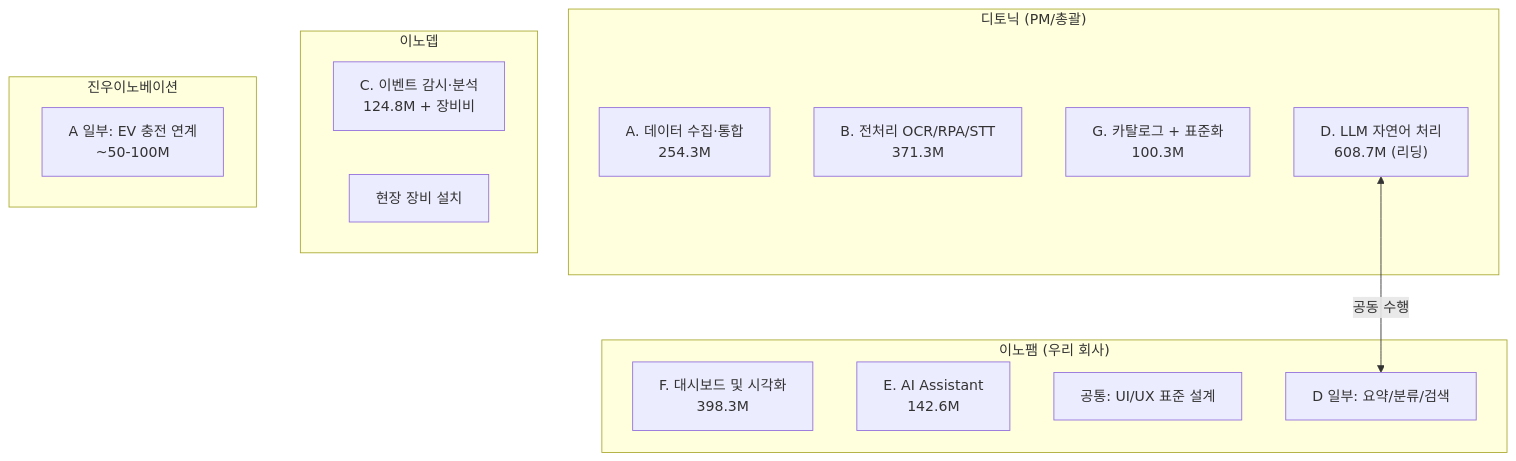
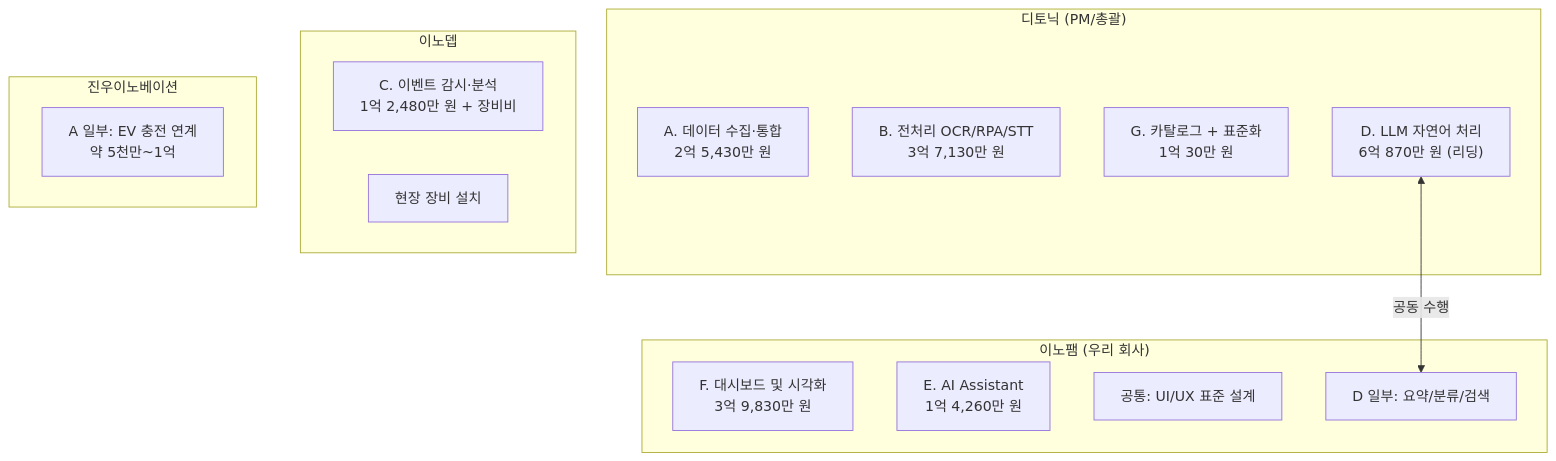
The third of 4 diagrams in projects/제주-스마트도시-데이터허브-시범솔루션/docs/references/20260331/업무배분_분석.md (garam-park/ai-know-how), drawn with Mermaid before and after one commit. The commit also changed other lines of this file and 1 other file, not shown here.

````diff
--- a/projects/제주-스마트도시-데이터허브-시범솔루션/docs/references/20260331/업무배분_분석.md
+++ b/projects/제주-스마트도시-데이터허브-시범솔루션/docs/references/20260331/업무배분_분석.md
@@ -288,27 +290,27 @@
 ```mermaid
 flowchart TB
     subgraph 디토닉["디토닉 (PM/총괄)"]
-        A["A. 데이터 수집·통합<br/>254.3M"]
-        B["B. 전처리 OCR/RPA/STT<br/>371.3M"]
-        G["G. 카탈로그 + 표준화<br/>100.3M"]
-        D["D. LLM 자연어 처리<br/>608.7M (리딩)"]
+        A["A. 데이터 수집·통합<br/>2억 5,430만 원"]
+        B["B. 전처리 OCR/RPA/STT<br/>3억 7,130만 원"]
+        G["G. 카탈로그 + 표준화<br/>1억 30만 원"]
+        D["D. LLM 자연어 처리<br/>6억 870만 원 (리딩)"]
     end
 
     subgraph 이노팸["이노팸 (우리 회사)"]
-        F["F. 대시보드 및 시각화<br/>398.3M"]
-        E["E. AI Assistant<br/>142.6M"]
+        F["F. 대시보드 및 시각화<br/>3억 9,830만 원"]
+        E["E. AI Assistant<br/>1억 4,260만 원"]
         UX["공통: UI/UX 표준 설계"]
         D2["D 일부: 요약/분류/검색"]
     end
 
     subgraph 이노뎁
-        C["C. 이벤트 감시·분석<br/>124.8M + 장비비"]
+        C["C. 이벤트 감시·분석<br/>1억 2,480만 원 + 장비비"]
         HW["현장 장비 설치"]
     end
 
     subgraph 진우이노베이션
-        EV["A 일부: EV 충전 연계<br/>~50-100M"]
+        EV["A 일부: EV 충전 연계<br/>약 5천만~1억"]
     end
 
     D <-->|공동 수행| D2
 ```
````
